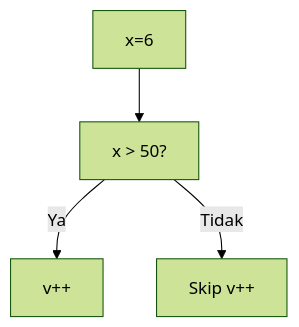
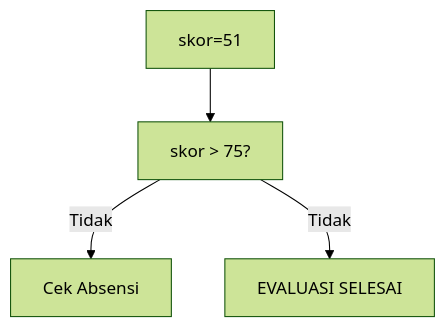
Diagram 13 of 25 in part-c-pemahaman-cpp/02-percabangan/latihan/set-09.md (amnahwaida/OSNK_INF_PREP), drawn with Mermaid (forest theme) before and after one commit. The commit also changed other lines of this file and 71 other files, not shown here.

````diff
--- a/part-c-pemahaman-cpp/02-percabangan/latihan/set-09.md
+++ b/part-c-pemahaman-cpp/02-percabangan/latihan/set-09.md
@@ -359,6 +375,6 @@
 ```mermaid
 graph TD
-A["x=6"] --> B["x > 50?"]
-B -- Ya --> C["v++"]
-B -- Tidak --> D["Skip v++"]
+A["skor=51"] --> B["skor > 75?"]
+B -- Tidak --> C["Cek Absensi"]
+B -- Tidak --> D["EVALUASI SELESAI"]
 ```
````
